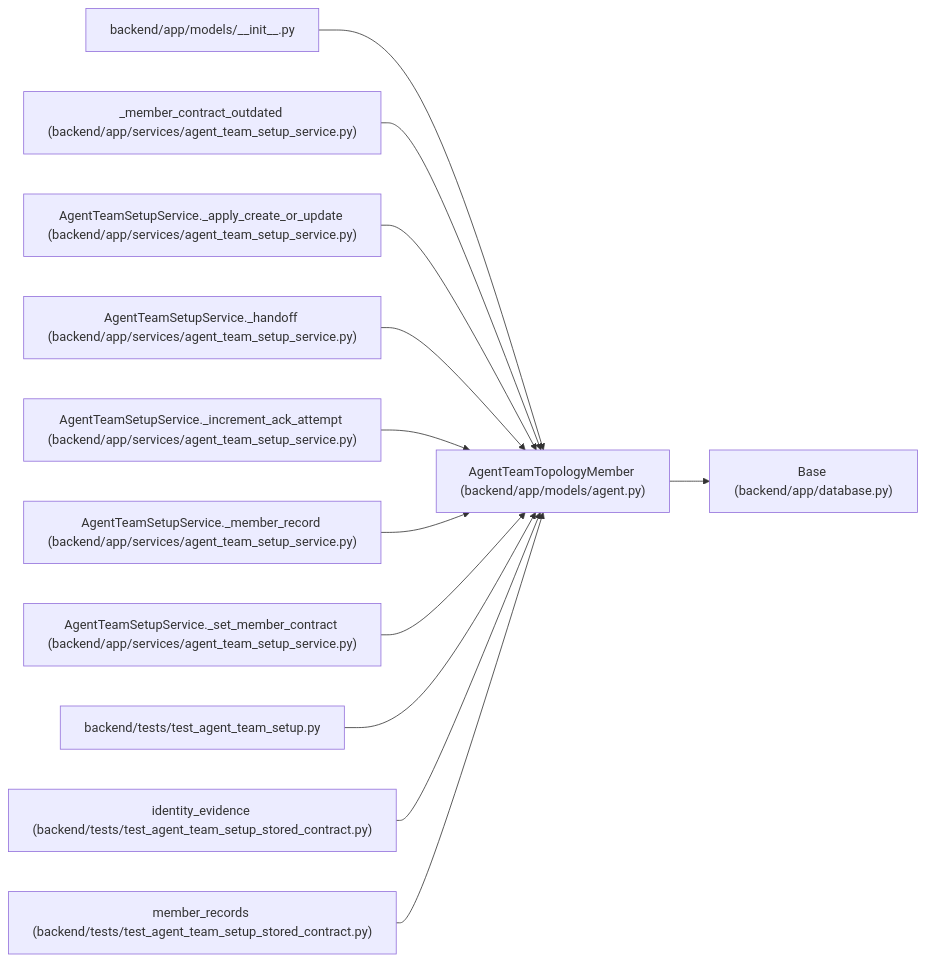
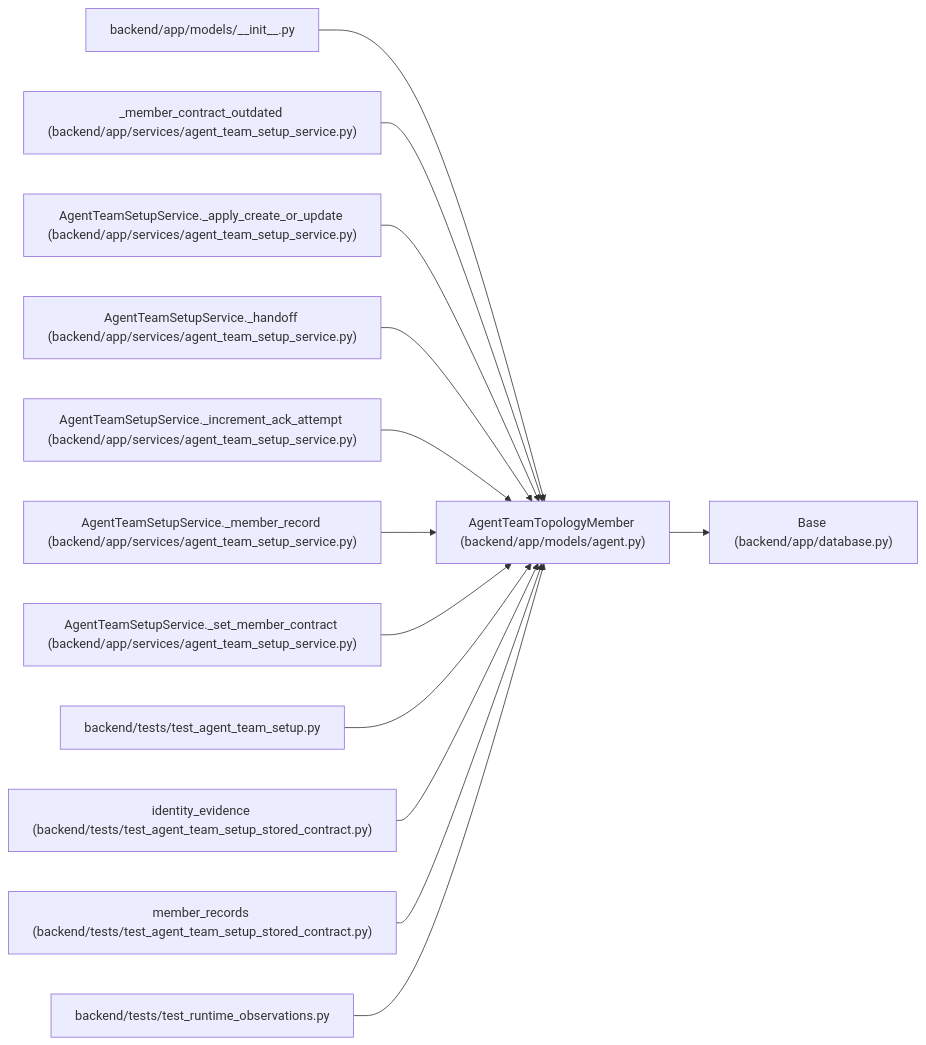
Before and after one commit to Denissvgn/WorkChord: the diagram in docs/llm_wiki/entities/AgentTeamTopologyMember.md, drawn with Mermaid. The commit also changed other lines of this file and 1062 other files, not shown here.

Commit message:
docs(wiki): refresh for advisory runtime observations

````diff
--- a/docs/llm_wiki/entities/AgentTeamTopologyMember.md
+++ b/docs/llm_wiki/entities/AgentTeamTopologyMember.md
@@ -56,38 +56,41 @@
 ```mermaid
 flowchart LR
     n0["AgentTeamTopologyMember (backend/app/models/agent.py)"]
     n1["Base (backend/app/database.py)"]
     n2["backend/app/models/__init__.py"]
     n3["_member_contract_outdated (backend/app/services/agent_team_setup_service.py)"]
     n4["AgentTeamSetupService._apply_create_or_update (backend/app/services/agent_team_setup_service.py)"]
     n5["AgentTeamSetupService._handoff (backend/app/services/agent_team_setup_service.py)"]
     n6["AgentTeamSetupService._increment_ack_attempt (backend/app/services/agent_team_setup_service.py)"]
     n7["AgentTeamSetupService._member_record (backend/app/services/agent_team_setup_service.py)"]
     n8["AgentTeamSetupService._set_member_contract (backend/app/services/agent_team_setup_service.py)"]
     n9["backend/tests/test_agent_team_setup.py"]
     n10["identity_evidence (backend/tests/test_agent_team_setup_stored_contract.py)"]
     n11["member_records (backend/tests/test_agent_team_setup_stored_contract.py)"]
+    n12["backend/tests/test_runtime_observations.py"]
     n0 --> n1
     n2 --> n0
     n3 --> n0
     n4 --> n0
     n5 --> n0
     n6 --> n0
     n7 --> n0
     n8 --> n0
     n9 --> n0
     n10 --> n0
     n11 --> n0
+    n12 --> n0
     click n0 "../modules/models_agent.md"
     click n1 "../modules/app_database.md"
     click n2 "../modules/models___init__.md"
     click n3 "../modules/agent_team_setup_service.md"
     click n4 "../modules/agent_team_setup_service.md"
     click n5 "../modules/agent_team_setup_service.md"
     click n6 "../modules/agent_team_setup_service.md"
     click n7 "../modules/agent_team_setup_service.md"
     click n8 "../modules/agent_team_setup_service.md"
     click n9 "../modules/test_agent_team_setup.md"
     click n10 "../modules/test_agent_team_setup_stored_contract.md"
     click n11 "../modules/test_agent_team_setup_stored_contract.md"
+    click n12 "../modules/test_runtime_observations.md"
 ```
````
